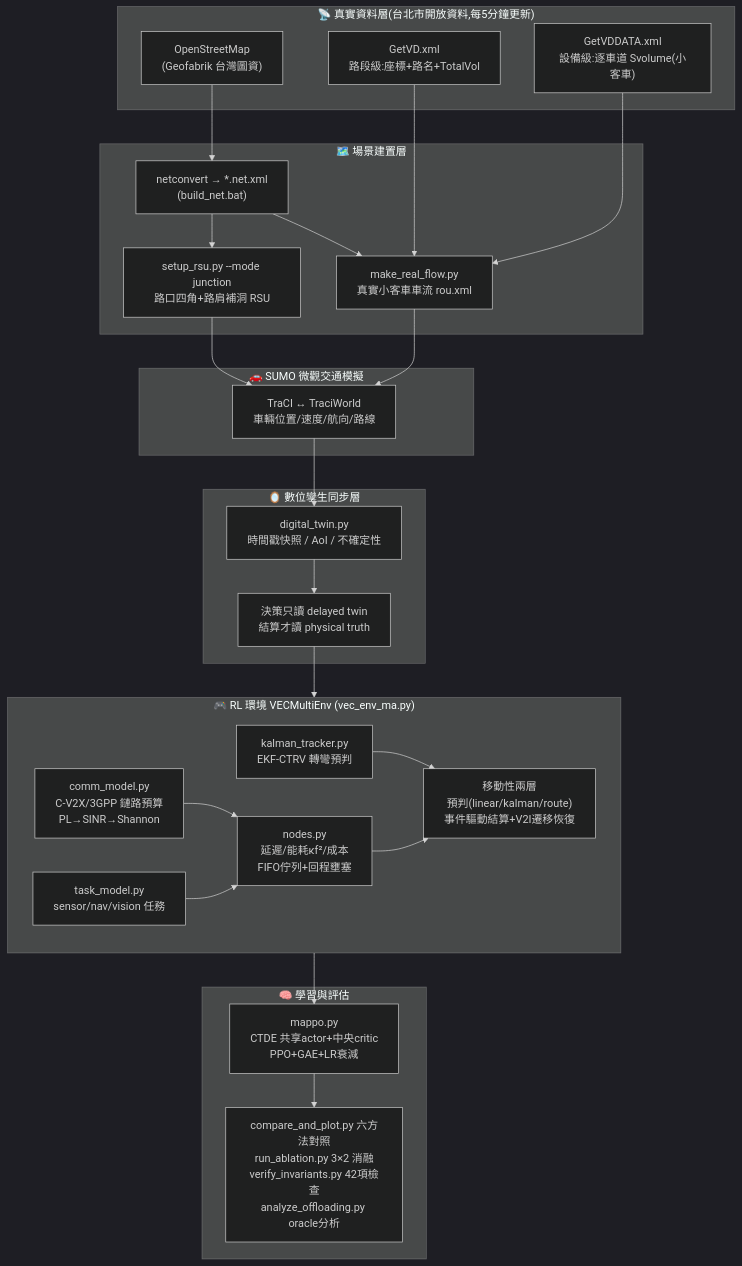
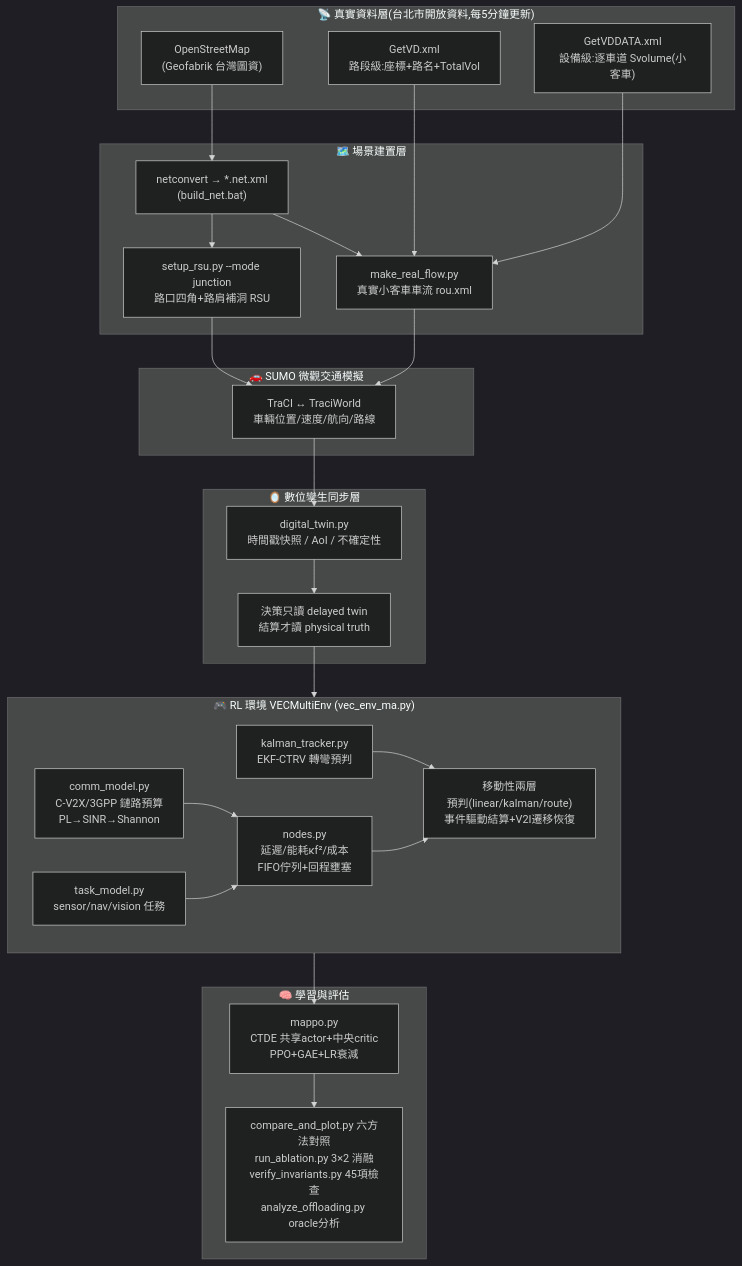
The first of 3 diagrams in README.md (Nekojuice03/desktop-tutorial), drawn with Mermaid (dark theme) before and after one commit. The commit also changed other lines of this file and 16 other files, not shown here.

````diff
--- a/README.md
+++ b/README.md
@@ -13,49 +13,49 @@
 ```mermaid
 flowchart TB
     subgraph DATA["📡 真實資料層(台北市開放資料,每5分鐘更新)"]
         OSM["OpenStreetMap<br/>(Geofabrik 台灣圖資)"]
         VD1["GetVD.xml<br/>路段級:座標+路名+TotalVol"]
         VD2["GetVDDATA.xml<br/>設備級:逐車道 Svolume(小客車)"]
     end
 
     subgraph SCEN["🗺️ 場景建置層"]
         NET["netconvert → *.net.xml<br/>(build_net.bat)"]
         RSU["setup_rsu.py --mode junction<br/>路口四角+路肩補洞 RSU"]
         FLOW["make_real_flow.py<br/>真實小客車車流 rou.xml"]
     end
 
     subgraph SIM["🚗 SUMO 微觀交通模擬"]
         SUMO["TraCI ↔ TraciWorld<br/>車輛位置/速度/航向/路線"]
     end
 
     subgraph TWIN["🪞 數位孿生同步層"]
         STORE["digital_twin.py<br/>時間戳快照 / AoI / 不確定性"]
         BOUNDARY["決策只讀 delayed twin<br/>結算才讀 physical truth"]
     end
 
     subgraph ENV["🎮 RL 環境 VECMultiEnv (vec_env_ma.py)"]
         COMM["comm_model.py<br/>C-V2X/3GPP 鏈路預算<br/>PL→SINR→Shannon"]
         TASK["task_model.py<br/>sensor/nav/vision 任務"]
         NODES["nodes.py<br/>延遲/能耗κf²/成本<br/>FIFO佇列+回程壅塞"]
         MOB["移動性兩層<br/>預判(linear/kalman/route)<br/>事件驅動結算+V2I遷移恢復"]
         KF["kalman_tracker.py<br/>EKF-CTRV 轉彎預判"]
     end
 
     subgraph LEARN["🧠 學習與評估"]
         MAPPO["mappo.py<br/>CTDE 共享actor+中央critic<br/>PPO+GAE+LR衰減"]
-        EVAL["compare_and_plot.py 六方法對照<br/>run_ablation.py 3×2 消融<br/>verify_invariants.py 42項檢查<br/>analyze_offloading.py oracle分析"]
+        EVAL["compare_and_plot.py 六方法對照<br/>run_ablation.py 3×2 消融<br/>verify_invariants.py 45項檢查<br/>analyze_offloading.py oracle分析"]
     end
 
     OSM --> NET --> RSU
     NET --> FLOW
     VD1 --> FLOW
     VD2 --> FLOW
     RSU --> SUMO
     FLOW --> SUMO
     SUMO --> STORE --> BOUNDARY --> ENV
     COMM --> NODES
     TASK --> NODES
     KF --> MOB
     NODES --> MOB
     ENV --> MAPPO --> EVAL
 ```
````
